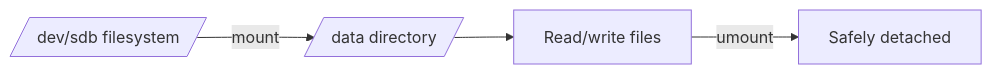
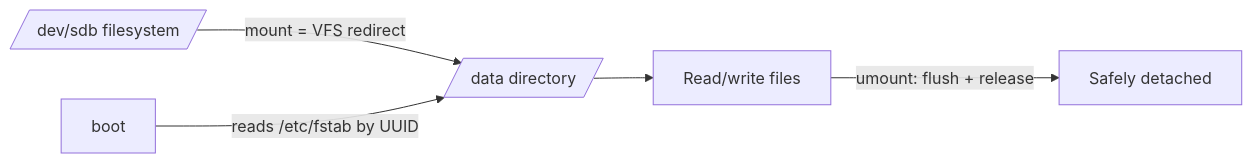
Before and after one commit to cloud-prakhar/learning-linux: the diagram in 08-storage-and-disk-management/mount-and-umount.md, drawn with Mermaid. The commit also changed other lines of this file and 69 other files, not shown here.

````diff
--- a/08-storage-and-disk-management/mount-and-umount.md
+++ b/08-storage-and-disk-management/mount-and-umount.md
@@ -28,6 +32,7 @@
 ```mermaid
 flowchart LR
-    Dev[/dev/sdb filesystem/] -->|mount| Dir[/data directory/]
+    Dev[/dev/sdb filesystem/] -->|mount = VFS redirect| Dir[/data directory/]
     Dir --> Use[Read/write files]
-    Use -->|umount| Detach[Safely detached]
+    Use -->|umount: flush + release| Detach[Safely detached]
+    Boot[boot] -->|reads /etc/fstab by UUID| Dir
 ```
````
